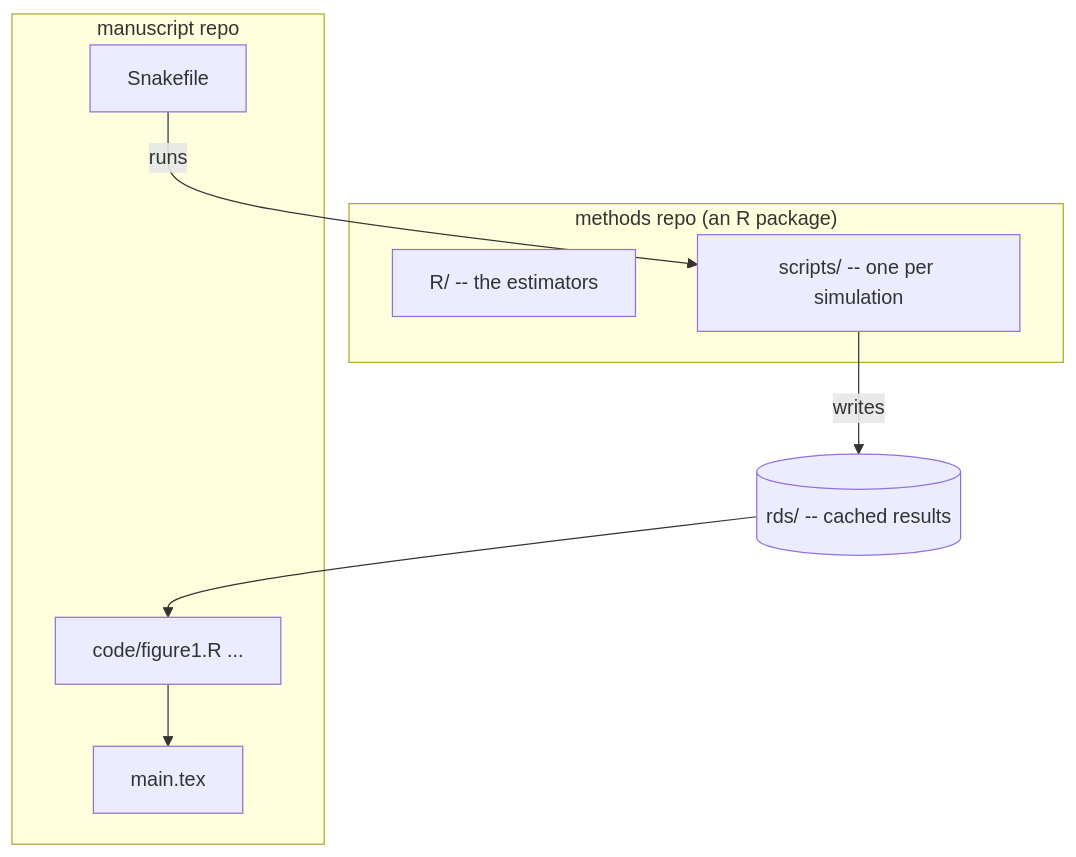
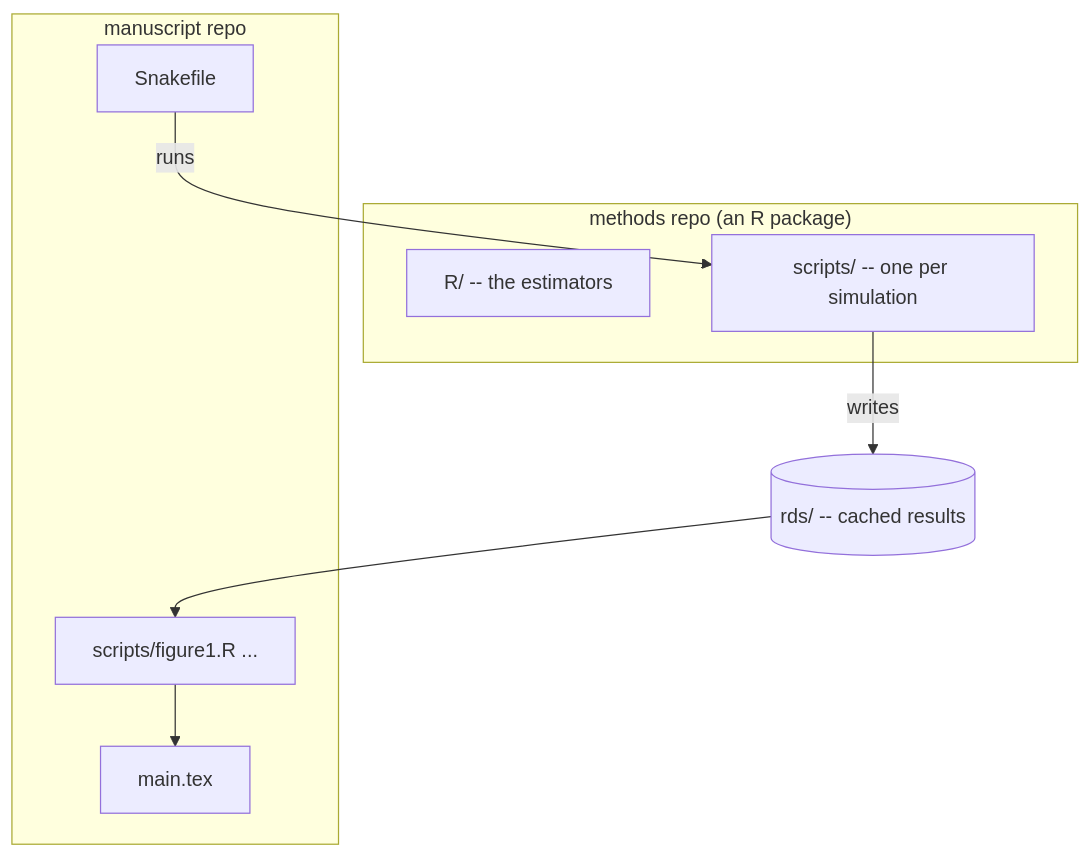
The diagram in 10-scaling-up.qmd (lharris421/snakemake-tutorial), drawn with Mermaid before and after one commit. The commit also changed other lines of this file and 46 other files, not shown here.

First line of the commit message:
Rename code/ to scripts/

````diff
--- a/10-scaling-up.qmd
+++ b/10-scaling-up.qmd
@@ -24,17 +24,17 @@
 ```{mermaid}
 %%| fig-align: center
 flowchart TB
   subgraph M["manuscript repo"]
     S[Snakefile]
     T[main.tex]
-    C[code/figure1.R ...]
+    C[scripts/figure1.R ...]
   end
   subgraph R["methods repo (an R package)"]
     F[R/ -- the estimators]
     Q[scripts/ -- one per simulation]
   end
   S -->|runs| Q
   Q -->|writes| D[(rds/ -- cached results)]
   D --> C
   C --> T
 ```
````
